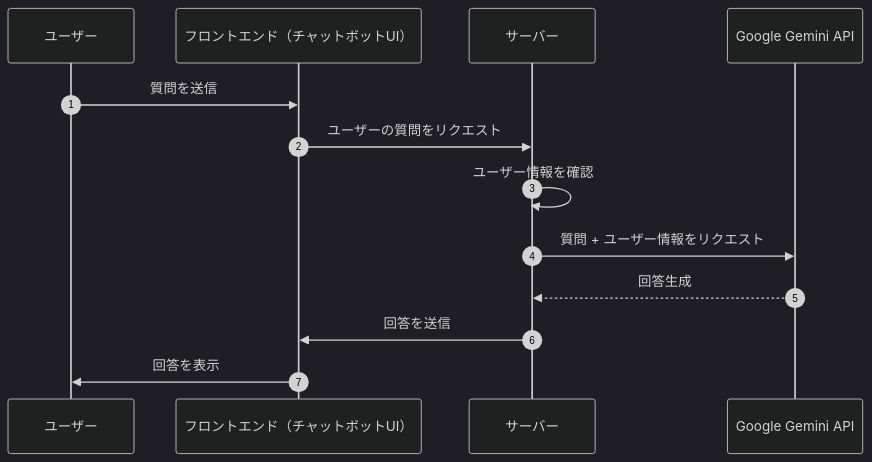
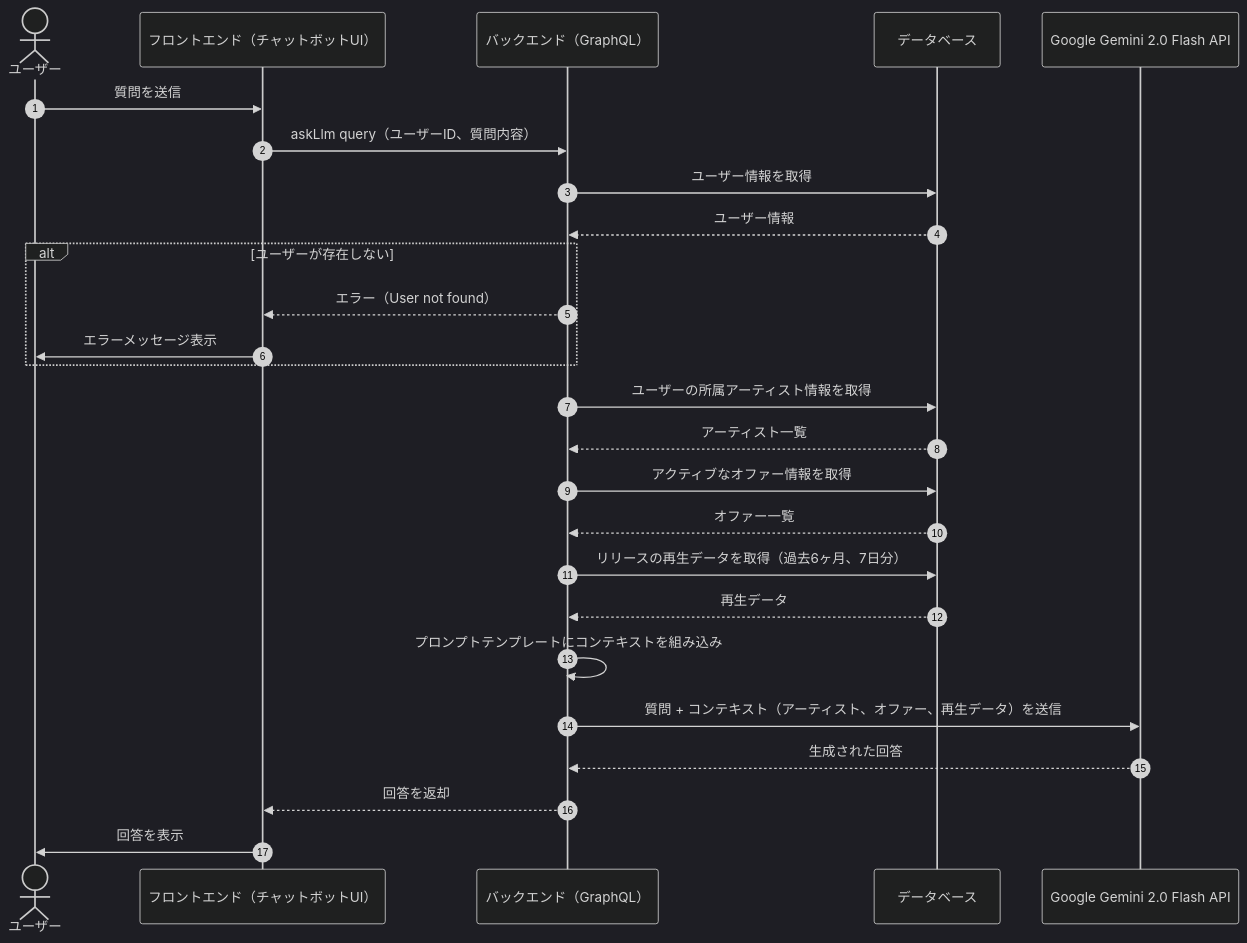
Before and after one commit to sc-hosokawa/frienda: diagram 11 of 13 in docs/sequence-diagrams.md, drawn with Mermaid (dark theme). The commit also changed other lines of this file, not shown here.

First line of the commit message:
docs: ソースコードの実装に基づいてシーケンス図を全面修正

````diff
--- a/docs/sequence-diagrams.md
+++ b/docs/sequence-diagrams.md
@@ -450,17 +481,36 @@
 ```mermaid
 sequenceDiagram
     autonumber
 
-    participant User as ユーザー
-    participant Frontend as フロントエンド（チャットボットUI）
-    participant Server as サーバー
-    participant LLM as Google Gemini API
+    actor ユーザー
+    participant フロントエンド as フロントエンド（チャットボットUI）
+    participant バックエンド as バックエンド（GraphQL）
+    participant データベース
+    participant Gemini as Google Gemini 2.0 Flash API
 
-    User ->> Frontend: 質問を送信
-    Frontend ->> Server: ユーザーの質問をリクエスト
-    Server ->> Server: ユーザー情報を確認
-    Server ->> LLM: 質問 + ユーザー情報をリクエスト
-    LLM -->> Server: 回答生成
-    Server ->> Frontend: 回答を送信
-    Frontend ->> User: 回答を表示
+    ユーザー->>フロントエンド: 質問を送信
+    フロントエンド->>バックエンド: askLlm query（ユーザーID、質問内容）
+
+    バックエンド->>データベース: ユーザー情報を取得
+    データベース-->>バックエンド: ユーザー情報
+    alt ユーザーが存在しない
+        バックエンド-->>フロントエンド: エラー（User not found）
+        フロントエンド->>ユーザー: エラーメッセージ表示
+    end
+
+    %% コンテキスト構築
+    バックエンド->>データベース: ユーザーの所属アーティスト情報を取得
+    データベース-->>バックエンド: アーティスト一覧
+    バックエンド->>データベース: アクティブなオファー情報を取得
+    データベース-->>バックエンド: オファー一覧
+    バックエンド->>データベース: リリースの再生データを取得（過去6ヶ月、7日分）
+    データベース-->>バックエンド: 再生データ
+
+    バックエンド->>バックエンド: プロンプトテンプレートにコンテキストを組み込み
+
+    バックエンド->>Gemini: 質問 + コンテキスト（アーティスト、オファー、再生データ）を送信
+    Gemini-->>バックエンド: 生成された回答
+
+    バックエンド-->>フロントエンド: 回答を返却
+    フロントエンド->>ユーザー: 回答を表示
 ```
````
